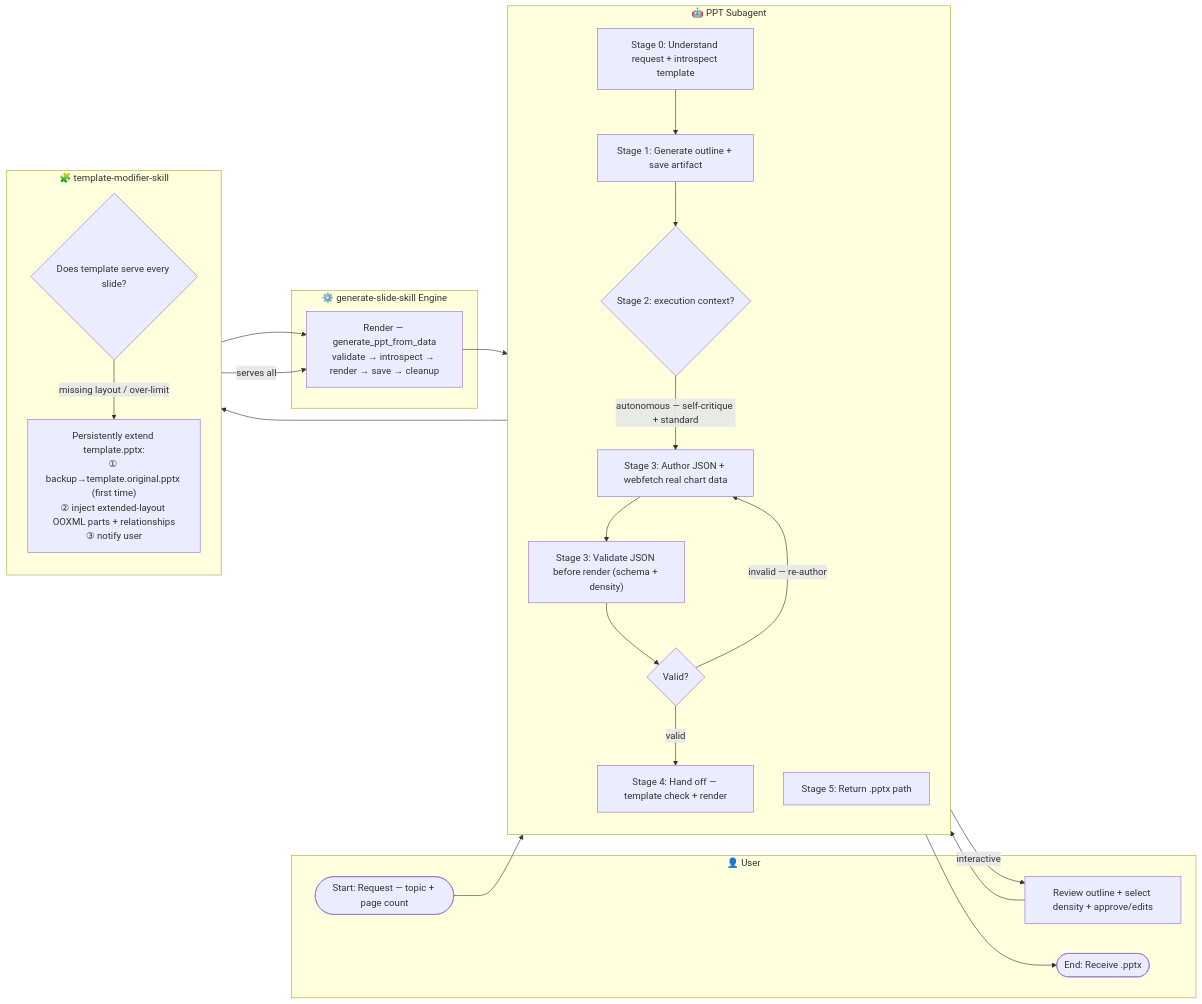
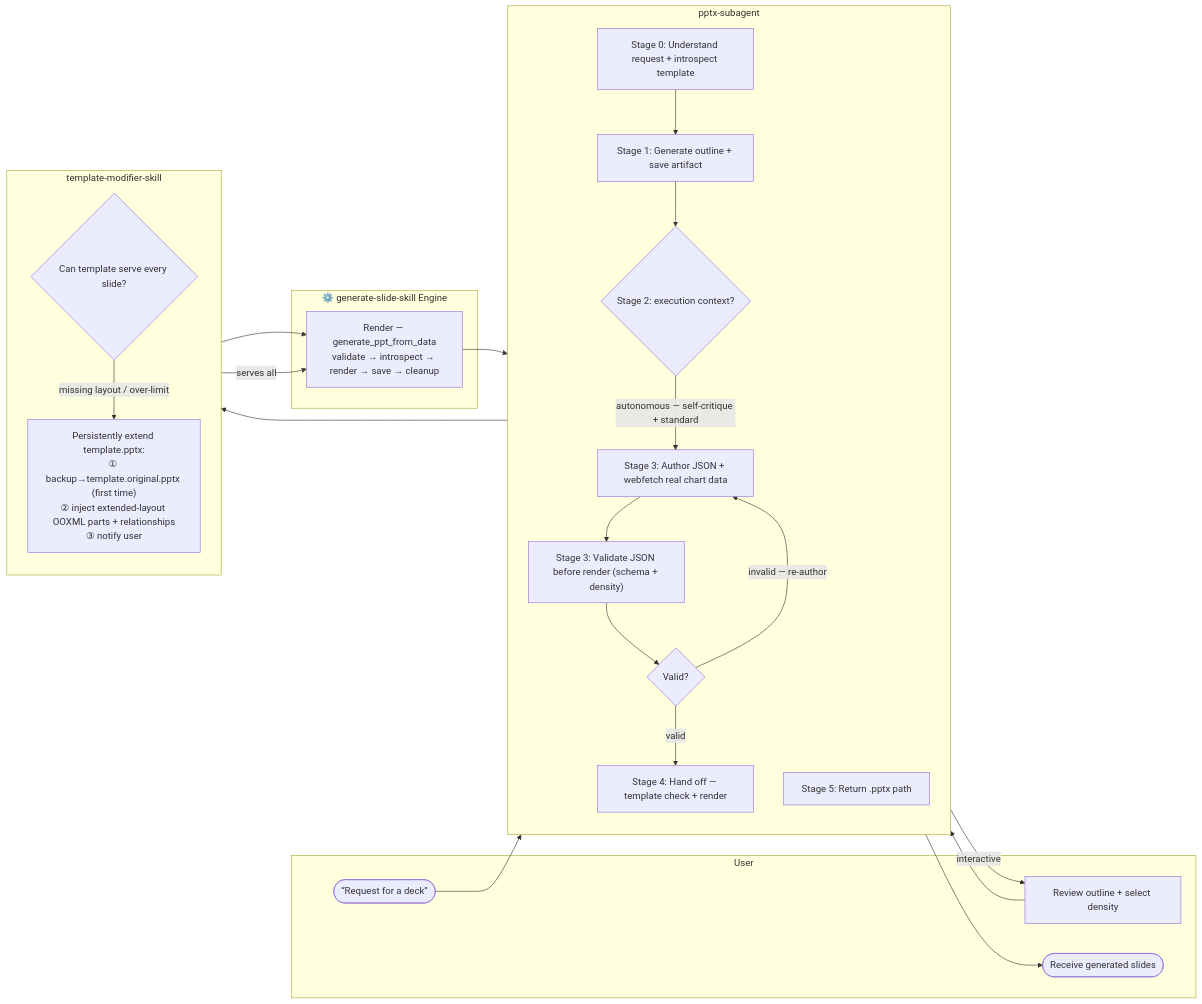
Before and after one commit to wcyapplemist/opencode-config-template-chenyu: the diagram in docs/workflow/workflow-diagram.mmd, drawn with Mermaid. The commit also changed 2 other files, not shown here.

Commit message:
docs(workflow): refresh workflow diagram + add draft
workflow-diagram.mmd polished (de-emojified labels, clearer wording); stale rendered workflow-diagram.png removed (the .mmd source is canonical); draft.docx added.

```diff
--- a/docs/workflow/workflow-diagram.mmd
+++ b/docs/workflow/workflow-diagram.mmd
@@ -1,48 +1,48 @@
 %% PPTX Subagent System — Workflow Diagram (swimlane / cross-functional flowchart)
 %% Render at https://mermaid.live (paste everything below the line)
 %% Lanes = participants; cross-lane arrows = responsibility handoffs.
 flowchart LR
-    subgraph User["👤 User"]
-        U0([Start: Request — topic + page count])
-        U1["Review outline + select density + approve/edits"]
-        Uend([End: Receive .pptx])
+    subgraph User["User"]
+        U0([“Request for a deck”])
+        U1["Review outline + select density"]
+        Uend([Receive generated slides])
     end
 
-    subgraph Subagent["🤖 PPT Subagent"]
+    subgraph Subagent["pptx-subagent"]
         direction TB
         A0["Stage 0: Understand request + introspect template"]
         A1["Stage 1: Generate outline + save artifact"]
         A2{"Stage 2: execution context?"}
         A3["Stage 3: Author JSON + webfetch real chart data"]
         A4["Stage 3: Validate JSON before render (schema + density)"]
         A4d{"Valid?"}
         A5["Stage 4: Hand off — template check + render"]
         A6["Stage 5: Return .pptx path"]
     end
 
-    subgraph Modifier["🧩 template-modifier-skill"]
+    subgraph Modifier["template-modifier-skill"]
         direction TB
-        T0{"Does template serve every slide?"}
+        T0{"Can template serve every slide?"}
         T1["Persistently extend template.pptx:<br/>① backup→template.original.pptx (first time)<br/>② inject extended-layout OOXML parts + relationships<br/>③ notify user"]
     end
 
     subgraph Engine["⚙️ generate-slide-skill Engine"]
         E0["Render — generate_ppt_from_data<br/>validate → introspect → render → save → cleanup"]
     end
 
     U0 --> A0
     A0 --> A1
     A1 --> A2
     A2 -->|"interactive"| U1
     U1 --> A3
     A2 -->|"autonomous — self-critique + standard"| A3
     A3 --> A4
     A4 --> A4d
     A4d -->|"invalid — re-author"| A3
     A4d -->|"valid"| A5
     A5 --> T0
     T0 -->|"missing layout / over-limit"| T1
     T1 --> E0
     T0 -->|"serves all"| E0
     E0 --> A6
     A6 --> Uend
```
